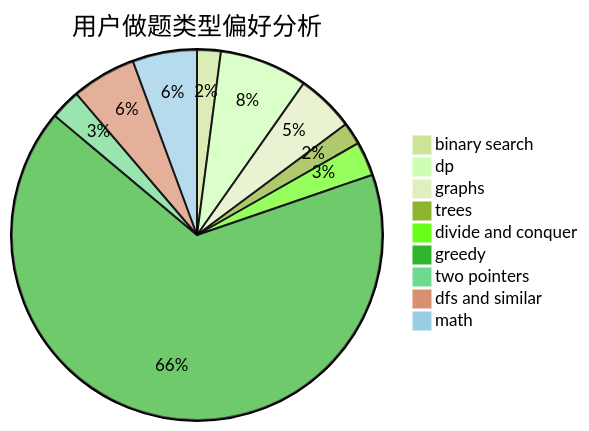
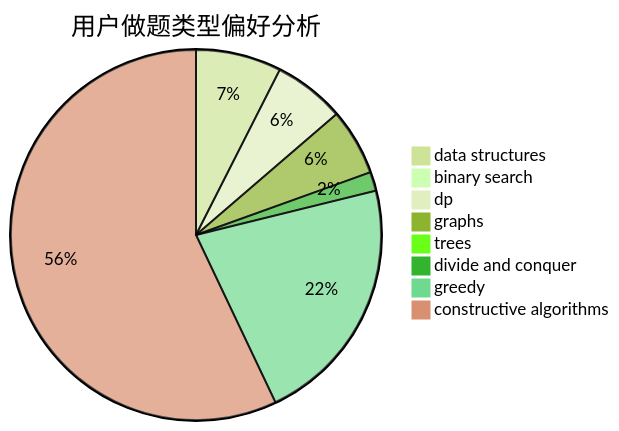
One commit to sherpahu/cfrs.github.io changed the second of 3 diagrams in docs/user/u2637.md. Above: the diagram before and after it, drawn with Mermaid (forest theme). The commit also changed other lines of this file and 2775 other files, not shown here.

````diff
--- a/docs/user/u2637.md
+++ b/docs/user/u2637.md
@@ -23,12 +23,11 @@
 ```mermaid
 pie title 用户做题类型偏好分析
-    "binary search" :  18
-    "dp" :  67
-    "graphs" :  44
-    "trees" :  17
-    "divide and conquer" :  26
-    "greedy" :  578
-    "two pointers" :  23
-    "dfs and similar" :  49
-    "math" :  49
+    "data structures" :  36
+    "binary search" :  3
+    "dp" :  30
+    "graphs" :  28
+    "trees" :  3
+    "divide and conquer" :  8
+    "greedy" :  105
+    "constructive algorithms" :  275
 ```
````
